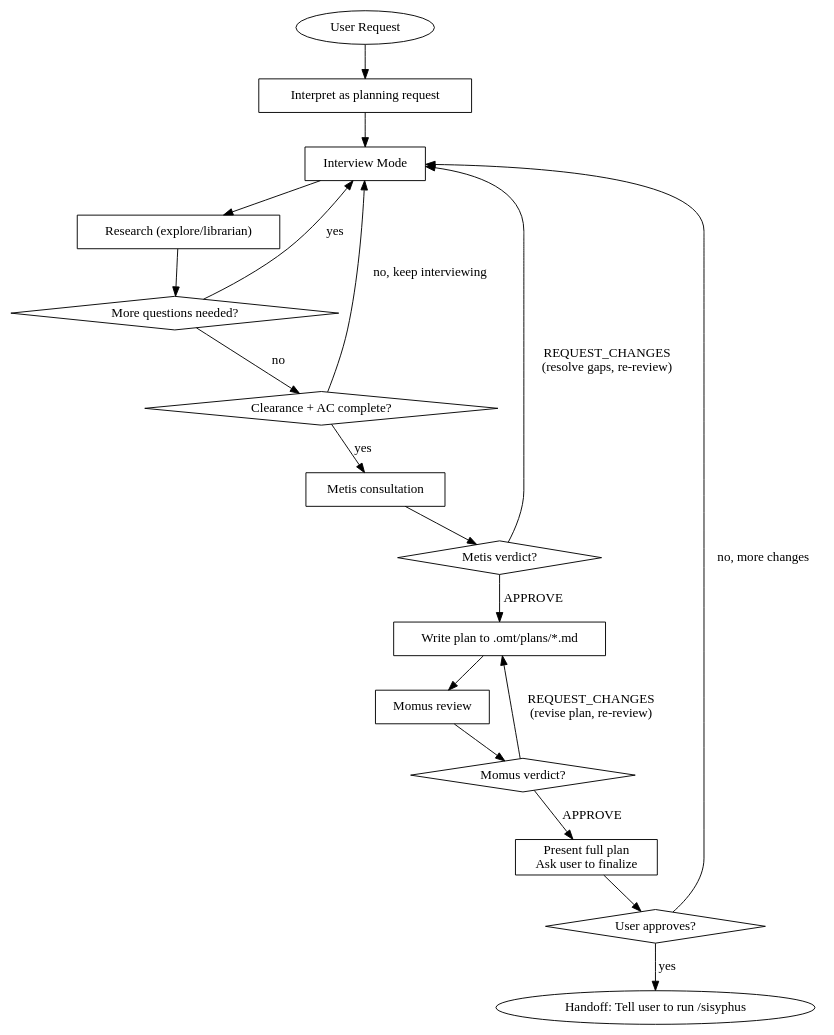
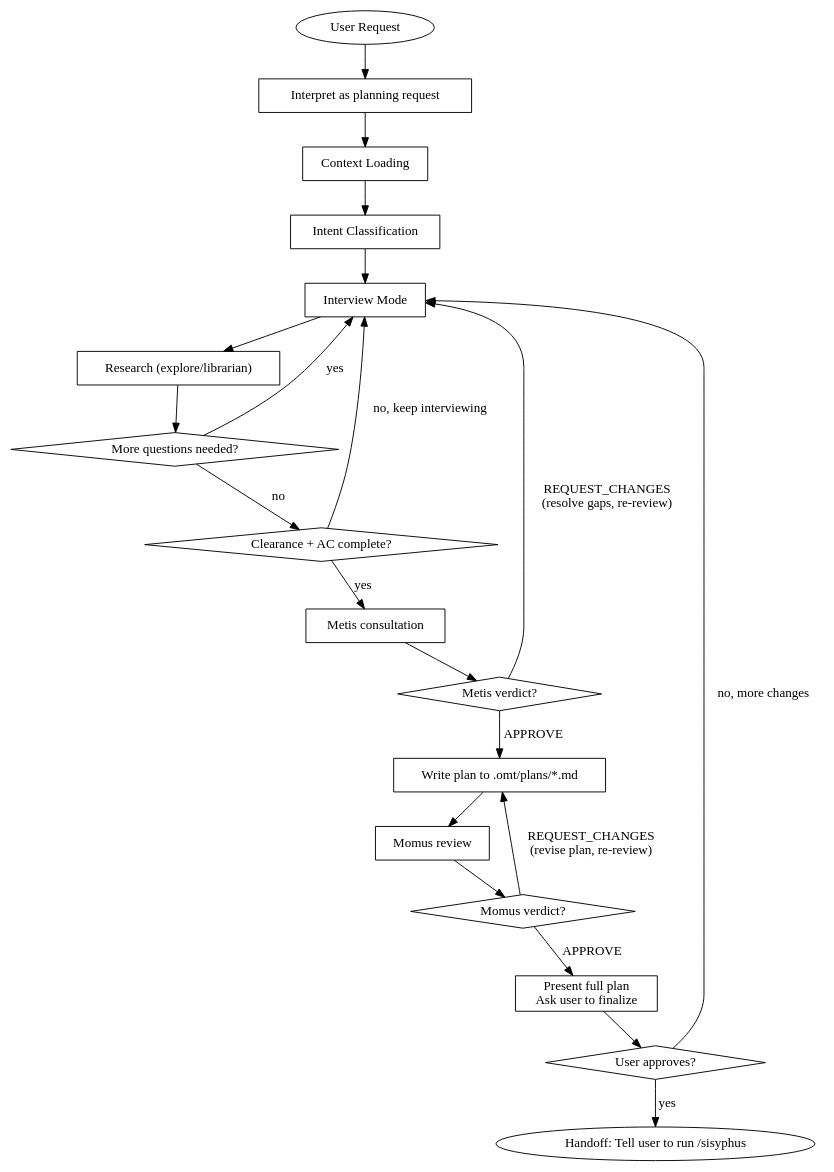
One commit to toongri/oh-my-toong-playground changed the diagram in skills/prometheus/SKILL.md. Above: the diagram before and after it, drawn with Graphviz. The commit also changed other lines of this file, not shown here.

Commit message:
feat(prometheus): Context Loading 단계 추가

````diff
--- a/skills/prometheus/SKILL.md
+++ b/skills/prometheus/SKILL.md
@@ -51,38 +51,42 @@
 ```dot
 digraph prometheus_flow {
     rankdir=TB;
     "User Request" [shape=ellipse];
     "Interpret as planning request" [shape=box];
+    "Context Loading" [shape=box];
+    "Intent Classification" [shape=box];
     "Interview Mode" [shape=box];
     "Research (explore/librarian)" [shape=box];
     "More questions needed?" [shape=diamond];
     "Clearance + AC complete?" [shape=diamond];
     "Metis consultation" [shape=box];
     "Metis verdict?" [shape=diamond];
     "Write plan to .omt/plans/*.md" [shape=box];
     "Momus review" [shape=box];
     "Momus verdict?" [shape=diamond];
     "Present full plan\nAsk user to finalize" [shape=box];
     "User approves?" [shape=diamond];
     "Handoff: Tell user to run /sisyphus" [shape=ellipse];
 
     "User Request" -> "Interpret as planning request";
-    "Interpret as planning request" -> "Interview Mode";
+    "Interpret as planning request" -> "Context Loading";
+    "Context Loading" -> "Intent Classification";
+    "Intent Classification" -> "Interview Mode";
     "Interview Mode" -> "Research (explore/librarian)";
     "Research (explore/librarian)" -> "More questions needed?";
     "More questions needed?" -> "Interview Mode" [label="yes"];
     "More questions needed?" -> "Clearance + AC complete?" [label="no"];
     "Clearance + AC complete?" -> "Interview Mode" [label="no, keep interviewing"];
     "Clearance + AC complete?" -> "Metis consultation" [label="yes"];
     "Metis consultation" -> "Metis verdict?";
     "Metis verdict?" -> "Interview Mode" [label="REQUEST_CHANGES\n(resolve gaps, re-review)"];
     "Metis verdict?" -> "Write plan to .omt/plans/*.md" [label="APPROVE"];
     "Write plan to .omt/plans/*.md" -> "Momus review";
     "Momus review" -> "Momus verdict?";
     "Momus verdict?" -> "Write plan to .omt/plans/*.md" [label="REQUEST_CHANGES\n(revise plan, re-review)"];
     "Momus verdict?" -> "Present full plan\nAsk user to finalize" [label="APPROVE"];
     "Present full plan\nAsk user to finalize" -> "User approves?";
     "User approves?" -> "Interview Mode" [label="no, more changes"];
     "User approves?" -> "Handoff: Tell user to run /sisyphus" [label="yes"];
 }
 ```
````
